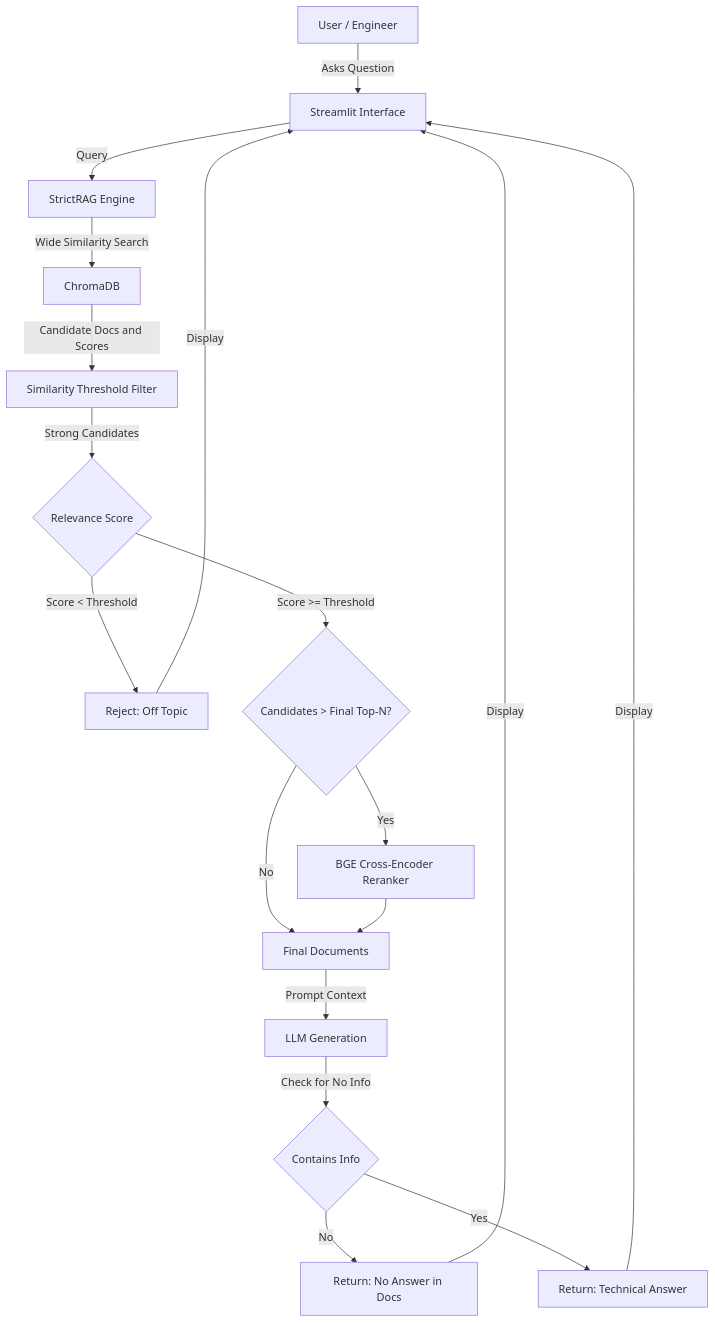
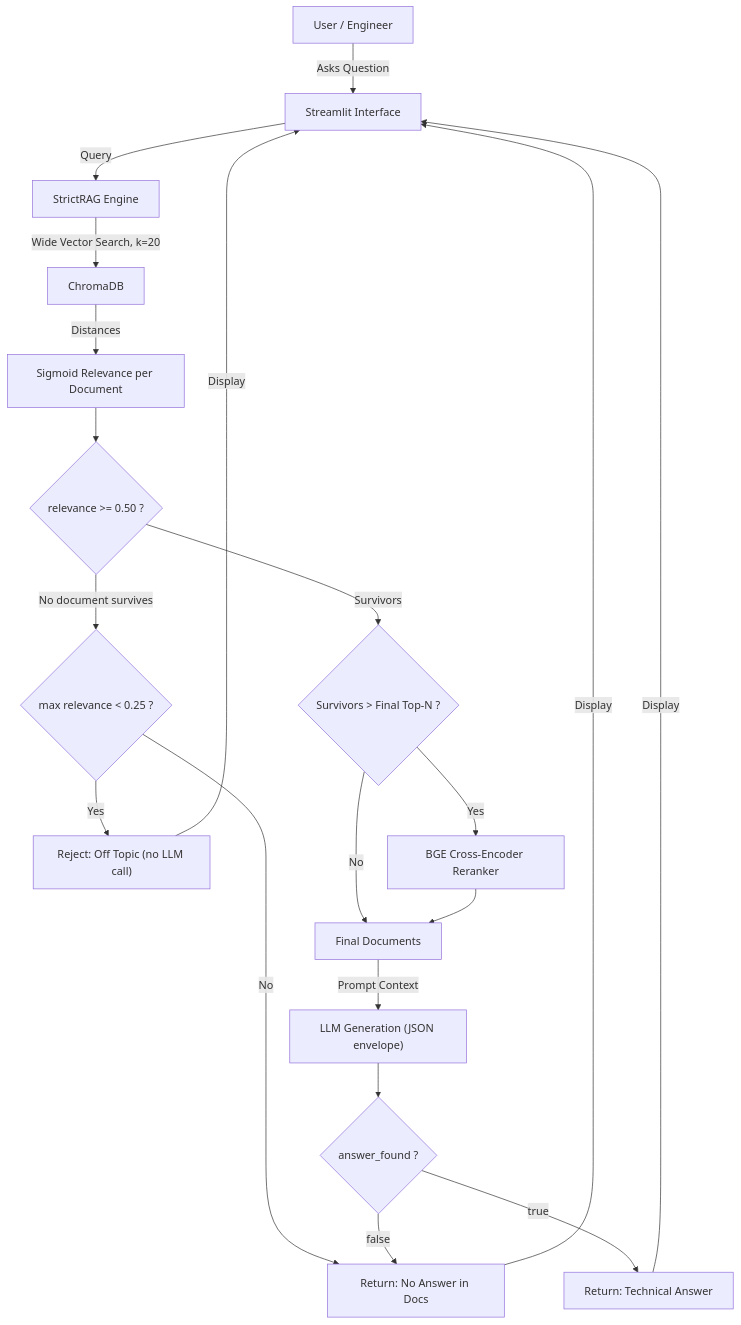
One commit to ChangYeongJeong1103/oled-assistant changed the diagram in docs/architecture.md. Above: the diagram before and after it, drawn with Mermaid. The commit also changed other lines of this file and 7 other files, not shown here.

Commit message:
Update per-document relevance

````diff
--- a/docs/architecture.md
+++ b/docs/architecture.md
@@ -9,25 +9,28 @@
 ```mermaid
 graph TD
   User["User / Engineer"] -->|Asks Question| UI["Streamlit Interface"]
   UI -->|Query| Engine["StrictRAG Engine"]
 
-  Engine -->|Wide Similarity Search| DB["ChromaDB"]
-  DB -->|Candidate Docs and Scores| Filter["Similarity Threshold Filter"]
+  Engine -->|Wide Vector Search, k=20| DB["ChromaDB"]
+  DB -->|Distances| Relevance["Sigmoid Relevance per Document"]
 
-  Filter -->|Strong Candidates| Score{"Relevance Score"}
-  Score -->|Score < Threshold| OffTopic["Reject: Off Topic"]
-  Score -->|Score >= Threshold| Rerank{"Candidates > Final Top-N?"}
+  Relevance --> Filter{"relevance >= 0.50 ?"}
 
+  Filter -->|"No document survives"| Gate{"max relevance < 0.25 ?"}
+  Gate -->|Yes| OffTopic["Reject: Off Topic (no LLM call)"]
+  Gate -->|No| NoAns["Return: No Answer in Docs"]
+
+  Filter -->|"Survivors"| Rerank{"Survivors > Final Top-N ?"}
   Rerank -->|Yes| CrossEncoder["BGE Cross-Encoder Reranker"]
   Rerank -->|No| FinalDocs["Final Documents"]
   CrossEncoder --> FinalDocs
 
-  FinalDocs -->|Prompt Context| Generation["LLM Generation"]
-  Generation -->|Check for No Info| Check{"Contains Info"}
-  Check -->|No| NoAns["Return: No Answer in Docs"]
-  Check -->|Yes| Final["Return: Technical Answer"]
+  FinalDocs -->|Prompt Context| Generation["LLM Generation (JSON envelope)"]
+  Generation --> Check{"answer_found ?"}
+  Check -->|false| NoAns
+  Check -->|true| Final["Return: Technical Answer"]
 
   OffTopic -->|Display| UI
   NoAns -->|Display| UI
   Final -->|Display| UI
 ```
````
